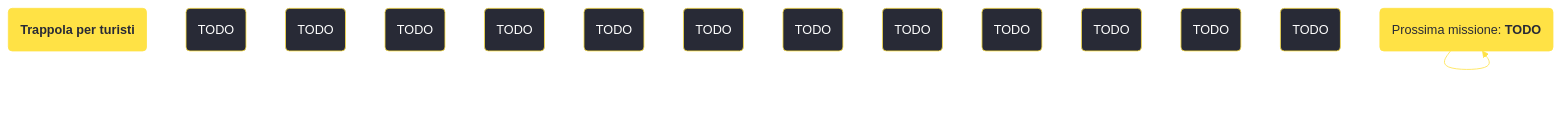
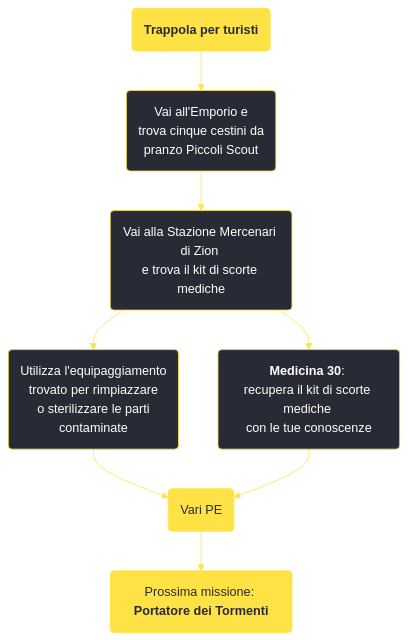
One commit to persy/wastelander changed the diagram in content/voci/fallout new vegas/missioni/Trappola per turisti.md. Above: the diagram before and after it, drawn with Mermaid. The commit also changed 174 other files, not shown here.

````diff
--- a/content/voci/fallout new vegas/missioni/Trappola per turisti.md
+++ b/content/voci/fallout new vegas/missioni/Trappola per turisti.md
@@ -32,24 +32,17 @@
 ```mermaid
 %%{init: {'theme': 'base', 'themeVariables': { 'primaryColor': '#282a36', 'primaryBorderColor': '#ffe245', 'primaryTextColor': '#fff', 'lineColor': '#ffe245', 'fontFamily': 'Jura'}}}%%
 graph TD;
     id1(<b>Trappola per turisti</b>):::questfnv
-    id2(TODO)
-    id3(TODO)
-    id4(TODO)
-    id5(TODO)
-    id6(TODO)
-    id7(TODO) 
-    id8(TODO)
-    id9(TODO)
-    id10(TODO)
-    id11(TODO)
-    id12(TODO)
-    id13(TODO) 
-    id(TODO):::rewardfnv
-    id(Prossima missione: <b>TODO</b>):::questfnv
-    id-->id-->id-->id-->id-->id-->id
+    id2(Vai all'Emporio e <br />trova cinque cestini da <br />pranzo Piccoli Scout)
+    id3(Vai alla Stazione Mercenari di Zion <br />e trova il kit di scorte mediche)
+    id4(Utilizza l'equipaggiamento <br />trovato per rimpiazzare <br />o sterilizzare le parti <br />contaminate)
+    id5(<b>Medicina 30</b>: <br />recupera il kit di scorte mediche <br />con le tue conoscenze)
+    id6(Vari PE):::rewardfnv
+    id7(Prossima missione: <b>Portatore dei Tormenti</b>):::questfnv
     
-    click id "../TODO"
+    id1-->id2-->id3-->id4 & id5-->id6-->id7
+    
+    click id7 "../portatore-di-tormenti"
     classDef rewardfnv fill:#ffe245, stroke:#ffe245, color:#282a36;
     classDef questfnv fill:#ffe245, stroke:#ffe245, color:#282a36;
 ```
````
